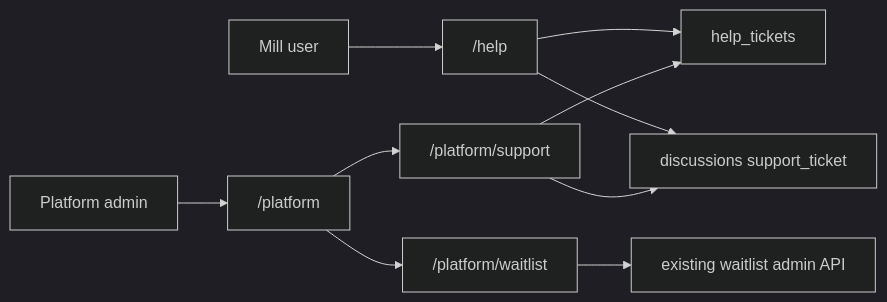
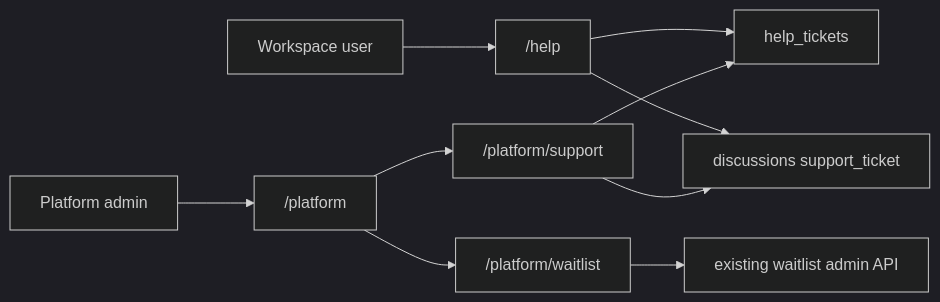
The diagram in docs/superpowers/specs/2026-08-20-help-platform-support-design.md (Makorsha-Corp/frontend), drawn with Mermaid (dark theme) before and after one commit. The commit also changed other lines of this file and 416 other files, not shown here.

````diff
--- a/docs/superpowers/specs/2026-08-20-help-platform-support-design.md
+++ b/docs/superpowers/specs/2026-08-20-help-platform-support-design.md
@@ -22,12 +22,12 @@
 ```mermaid
 flowchart LR
-  millUser[Mill user] --> millHelp["/help"]
-  millHelp --> tickets[help_tickets]
-  millHelp --> thread[discussions support_ticket]
+  workspaceUser[Workspace user] --> workspaceHelp["/help"]
+  workspaceHelp --> tickets[help_tickets]
+  workspaceHelp --> thread[discussions support_ticket]
   staff[Platform admin] --> platform["/platform"]
   platform --> support["/platform/support"]
   platform --> waitlistUi["/platform/waitlist"]
   support --> tickets
   support --> thread
   waitlistUi --> waitlistApi["existing waitlist admin API"]
 ```
````
